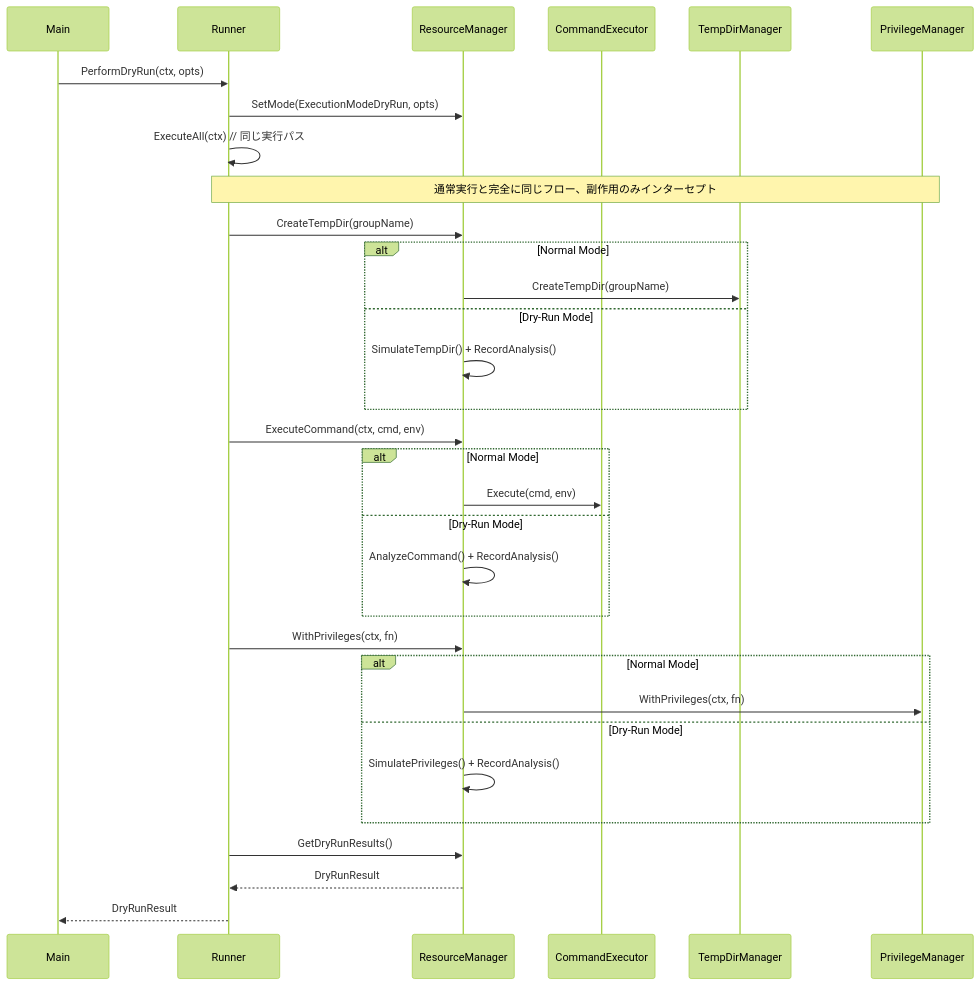
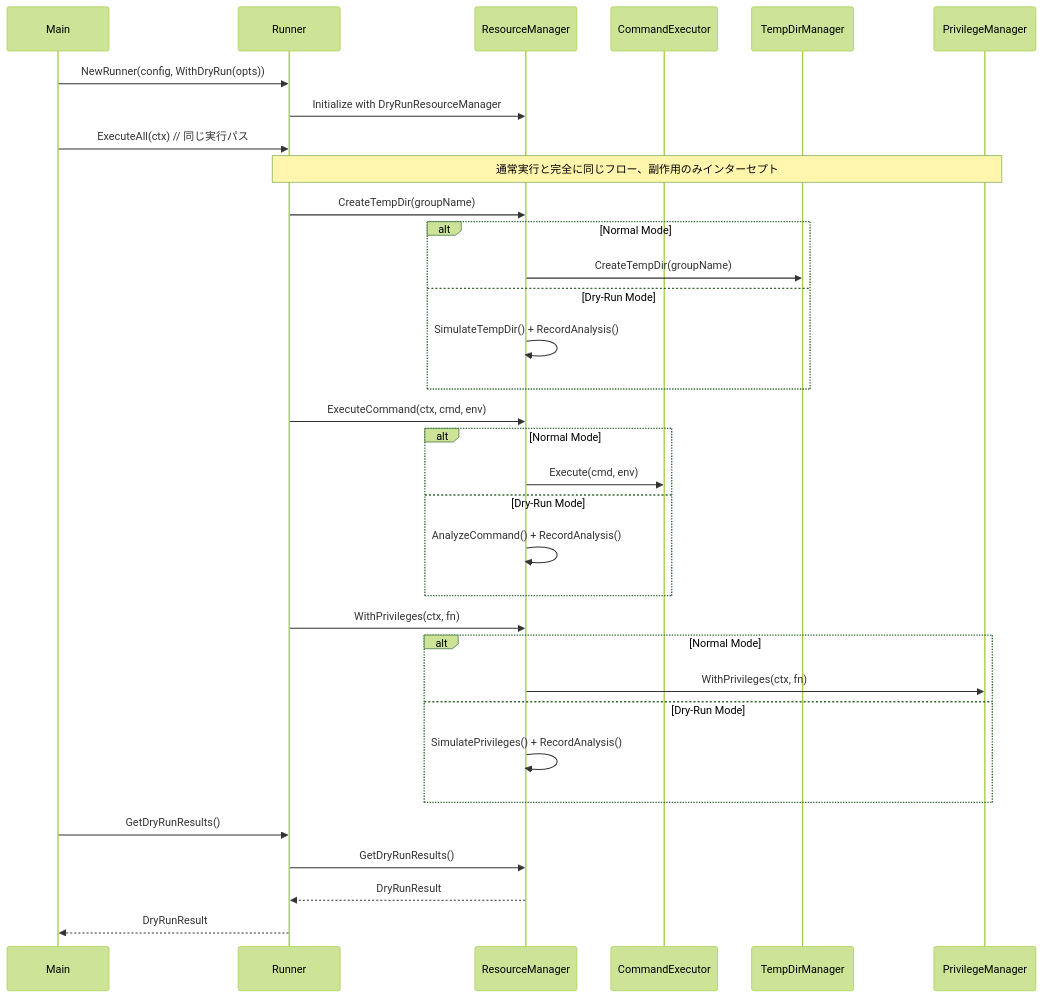
The second of 2 diagrams in docs/tasks/0017_realistic_dry_run/03_specification.md (isseis/go-safe-cmd-runner), drawn with Mermaid (forest theme) before and after one commit. The commit also changed other lines of this file and 2 other files, not shown here.

First line of the commit message:
Refine documentation for Realistic Dry-Run feature

````diff
--- a/docs/tasks/0017_realistic_dry_run/03_specification.md
+++ b/docs/tasks/0017_realistic_dry_run/03_specification.md
@@ -292,40 +308,41 @@
 ```mermaid
 sequenceDiagram
     participant M as Main
     participant R as Runner
     participant RM as ResourceManager
     participant CE as CommandExecutor
     participant TDM as TempDirManager
     participant PM as PrivilegeManager
 
-    M->>R: PerformDryRun(ctx, opts)
-    R->>RM: SetMode(ExecutionModeDryRun, opts)
-    R->>R: ExecuteAll(ctx) // 同じ実行パス
+    M->>R: NewRunner(config, WithDryRun(opts))
+    R->>RM: Initialize with DryRunResourceManager
+    M->>R: ExecuteAll(ctx) // 同じ実行パス
 
     Note over R,PM: 通常実行と完全に同じフロー、副作用のみインターセプト
 
     R->>RM: CreateTempDir(groupName)
     alt Normal Mode
         RM->>TDM: CreateTempDir(groupName)
     else Dry-Run Mode
         RM->>RM: SimulateTempDir() + RecordAnalysis()
     end
 
     R->>RM: ExecuteCommand(ctx, cmd, env)
     alt Normal Mode
         RM->>CE: Execute(cmd, env)
     else Dry-Run Mode
         RM->>RM: AnalyzeCommand() + RecordAnalysis()
     end
 
     R->>RM: WithPrivileges(ctx, fn)
     alt Normal Mode
         RM->>PM: WithPrivileges(ctx, fn)
     else Dry-Run Mode
         RM->>RM: SimulatePrivileges() + RecordAnalysis()
     end
 
+    M->>R: GetDryRunResults()
     R->>RM: GetDryRunResults()
     RM-->>R: DryRunResult
     R-->>M: DryRunResult
 ```
````
